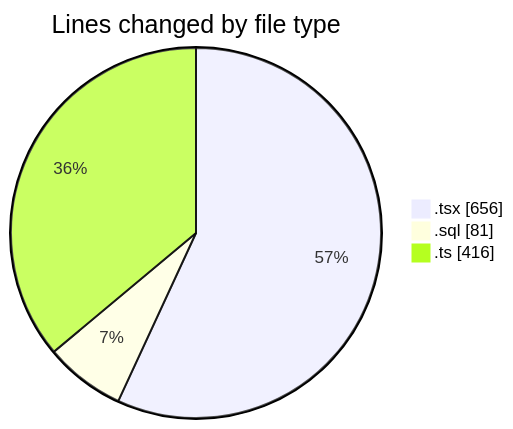
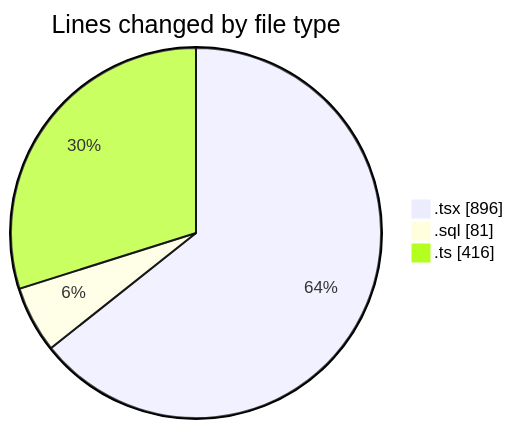
Before and after one commit to lephambinh05/code-tracking: the first of 2 diagrams in 2025-09-09/hiai-phf/README.md, drawn with Mermaid. The commit also changed other lines of this file and 1 other file, not shown here.

````diff
--- a/2025-09-09/hiai-phf/README.md
+++ b/2025-09-09/hiai-phf/README.md
@@ -36,7 +36,7 @@
 ```mermaid
 pie showData
 title Lines changed by file type
-".tsx" : 656
+".tsx" : 896
 ".sql" : 81
 ".ts" : 416
 ```
````
